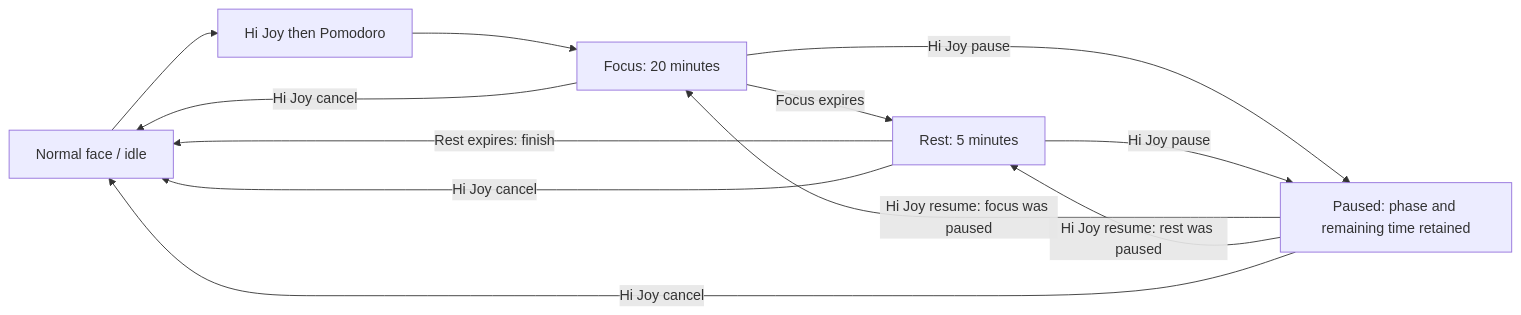
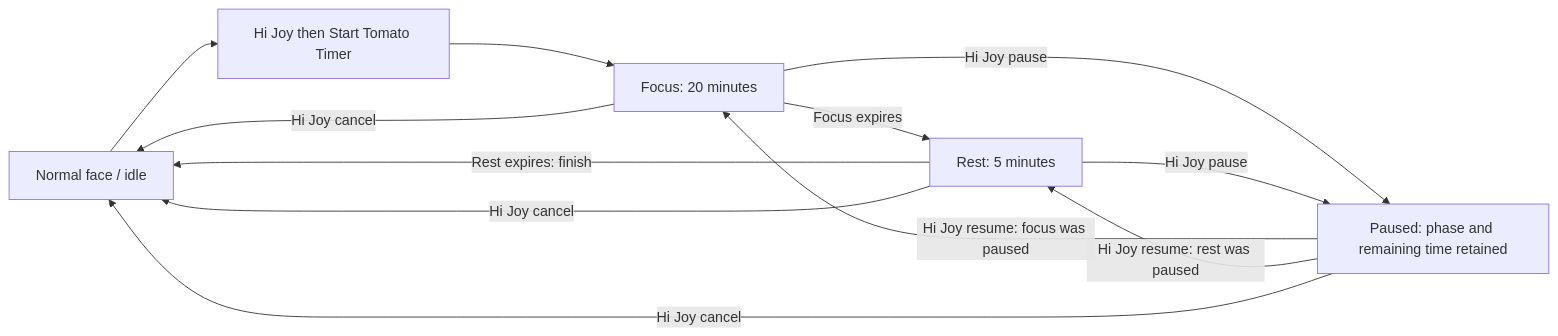
One commit to yeejingye/jyos-stackchan changed the diagram in knowledge_base/feat/pomodoro/feature.md. Above: the diagram before and after it, drawn with Mermaid. The commit also changed other lines of this file and 10 other files, not shown here.

Commit message:
feat(voice): try Start Tomato Timer as the start phrase

````diff
--- a/knowledge_base/feat/pomodoro/feature.md
+++ b/knowledge_base/feat/pomodoro/feature.md
@@ -25,19 +25,19 @@
 ```mermaid
 flowchart LR
   Normal["Normal face / idle"]
-  Command["Hi Joy then Pomodoro"]
+  Command["Hi Joy then Start Tomato Timer"]
   Focus["Focus: 20 minutes"]
   Rest["Rest: 5 minutes"]
   Paused["Paused: phase and remaining time retained"]
   Normal --> Command
   Command --> Focus
   Focus -->|"Focus expires"| Rest
   Rest -->|"Rest expires: finish"| Normal
   Paused -->|"Hi Joy resume: focus was paused"| Focus
   Paused -->|"Hi Joy resume: rest was paused"| Rest
   Focus -->|"Hi Joy pause"| Paused
   Rest -->|"Hi Joy pause"| Paused
   Focus -->|"Hi Joy cancel"| Normal
   Rest -->|"Hi Joy cancel"| Normal
   Paused -->|"Hi Joy cancel"| Normal
 ```
````
